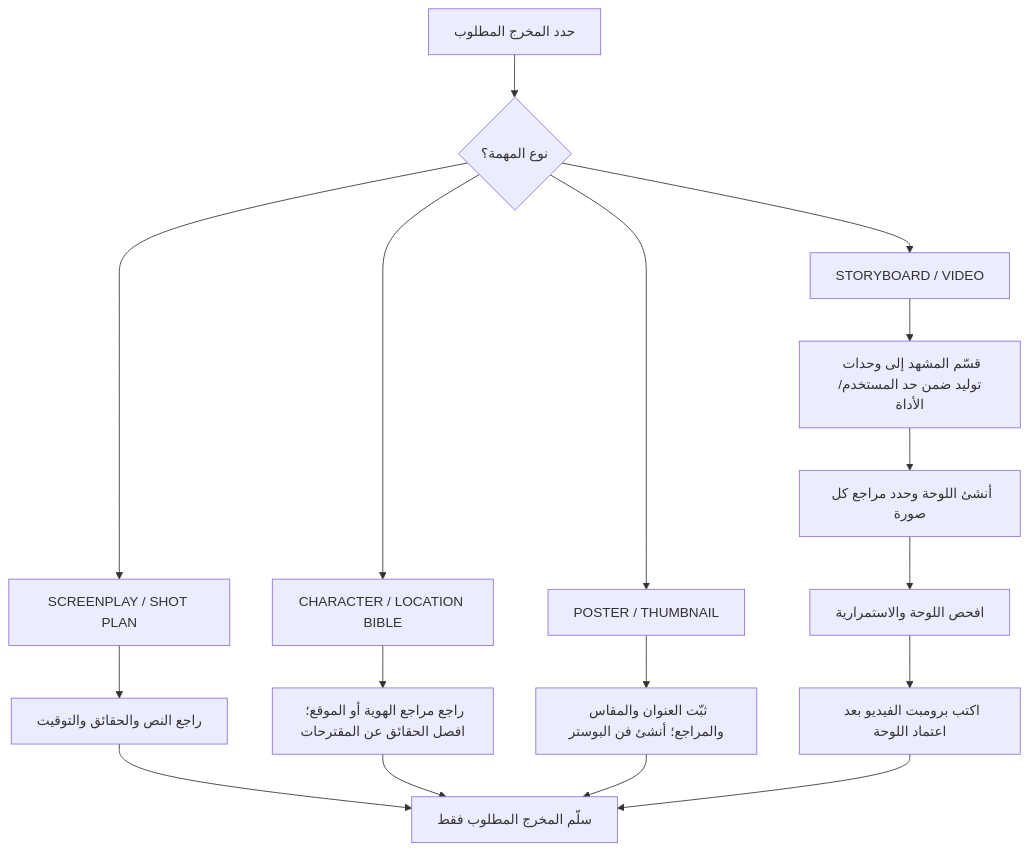
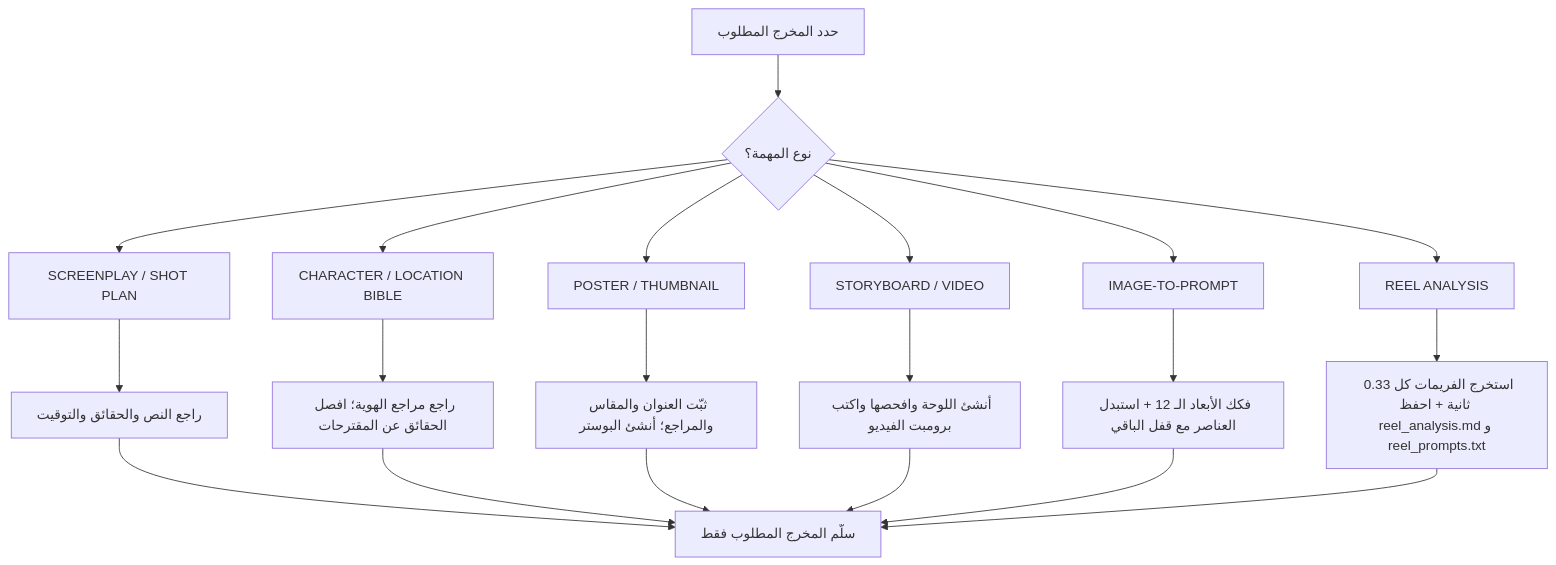
One commit to yisefmahdi/ai-agent-skills changed the diagram in skills/ai-video-storyboard/USER_GUIDE.md. Above: the diagram before and after it, drawn with Mermaid. The commit also changed other lines of this file, not shown here.

````diff
--- a/skills/ai-video-storyboard/USER_GUIDE.md
+++ b/skills/ai-video-storyboard/USER_GUIDE.md
@@ -279,16 +279,16 @@
 ```mermaid
 flowchart TD
     A["حدد المخرج المطلوب"] --> B{"نوع المهمة؟"}
     B --> C["SCREENPLAY / SHOT PLAN"]
     B --> D["CHARACTER / LOCATION BIBLE"]
     B --> E["POSTER / THUMBNAIL"]
     B --> F["STORYBOARD / VIDEO"]
+    B --> G["IMAGE-TO-PROMPT"]
+    B --> H["REEL ANALYSIS"]
     C --> C1["راجع النص والحقائق والتوقيت"] --> Z["سلّم المخرج المطلوب فقط"]
-    D --> D1["راجع مراجع الهوية أو الموقع؛ افصل الحقائق عن المقترحات"] --> Z
-    E --> E1["ثبّت العنوان والمقاس والمراجع؛ أنشئ فن البوستر"] --> Z
-    F --> F1["قسّم المشهد إلى وحدات توليد ضمن حد المستخدم/الأداة"]
-    F1 --> F2["أنشئ اللوحة وحدد مراجع كل صورة"]
-    F2 --> F3["افحص اللوحة والاستمرارية"]
-    F3 --> F4["اكتب برومبت الفيديو بعد اعتماد اللوحة"]
-    F4 --> Z
+    D --> D1["راجع مراجع الهوية؛ افصل الحقائق عن المقترحات"] --> Z
+    E --> E1["ثبّت العنوان والمقاس والمراجع؛ أنشئ البوستر"] --> Z
+    F --> F1["أنشئ اللوحة وافحصها واكتب برومبت الفيديو"] --> Z
+    G --> G1["فكك الأبعاد الـ 12 + استبدل العناصر مع قفل الباقي"] --> Z
+    H --> H1["استخرج الفريمات كل 0.33 ثانية + احفظ reel_analysis.md و reel_prompts.txt"] --> Z
 ```
````
